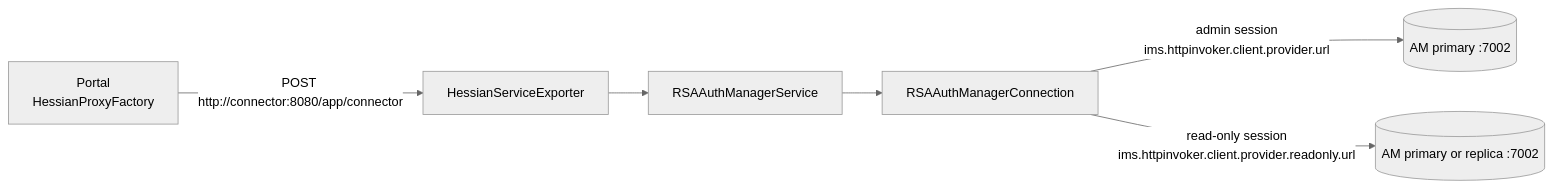
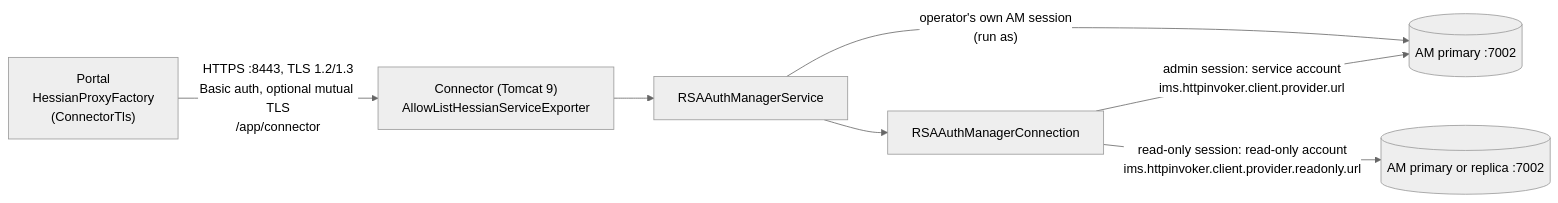
One commit to winllc/ens-apps-documentation changed the first of 2 diagrams in docs/rsa-operations-portal/rsa-integration.md. Above: the diagram before and after it, drawn with Mermaid (neutral theme). The commit also changed other lines of this file and 12 other files, not shown here.

````diff
--- a/docs/rsa-operations-portal/rsa-integration.md
+++ b/docs/rsa-operations-portal/rsa-integration.md
@@ -5,8 +5,9 @@
 ```mermaid
 flowchart LR
-    P[Portal<br/>HessianProxyFactory] -- "POST http://connector:8080/app/connector" --> H[HessianServiceExporter]
+    P["Portal<br/>HessianProxyFactory<br/>(ConnectorTls)"] -- "HTTPS :8443, TLS 1.2/1.3<br/>Basic auth, optional mutual TLS<br/>/app/connector" --> H["Connector (Tomcat 9)<br/>AllowListHessianServiceExporter"]
     H --> S[RSAAuthManagerService]
     S --> C[RSAAuthManagerConnection]
-    C -- "admin session<br/>ims.httpinvoker.client.provider.url" --> AM1[(AM primary :7002)]
-    C -- "read-only session<br/>ims.httpinvoker.client.provider.readonly.url" --> AM2[(AM primary or replica :7002)]
+    C -- "admin session: service account<br/>ims.httpinvoker.client.provider.url" --> AM1[(AM primary :7002)]
+    C -- "read-only session: read-only account<br/>ims.httpinvoker.client.provider.readonly.url" --> AM2[(AM primary or replica :7002)]
+    S -- "operator's own AM session<br/>(run as)" --> AM1
 ```
````
